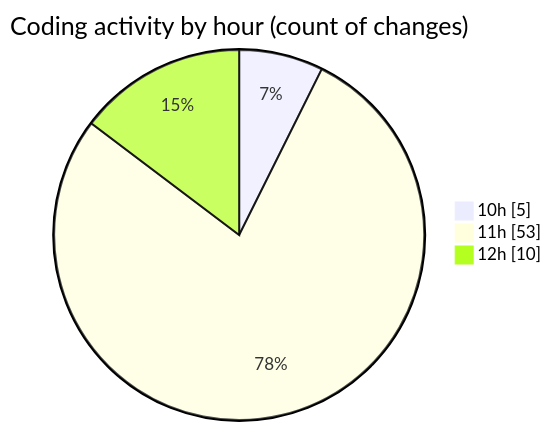
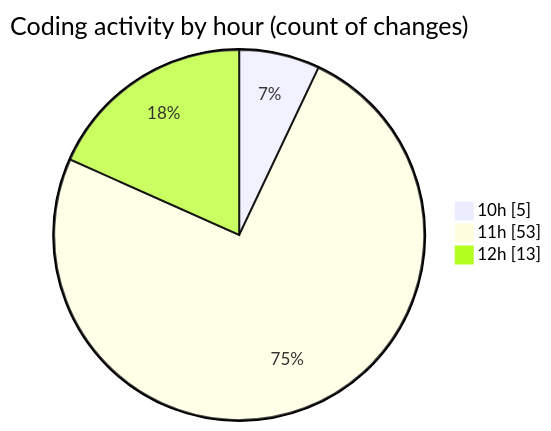
The second of 2 diagrams in 2025-06-17/cda/README.md (momahboobian/code-tracking), drawn with Mermaid before and after one commit. The commit also changed other lines of this file and 1 other file, not shown here.

````diff
--- a/2025-06-17/cda/README.md
+++ b/2025-06-17/cda/README.md
@@ -29,7 +32,7 @@
 ```mermaid
 pie showData
 title Coding activity by hour (count of changes)
 "10h" : 5
 "11h" : 53
-"12h" : 10
+"12h" : 13
 ```
````
